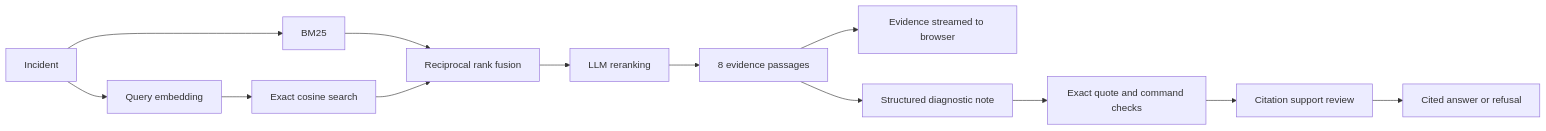
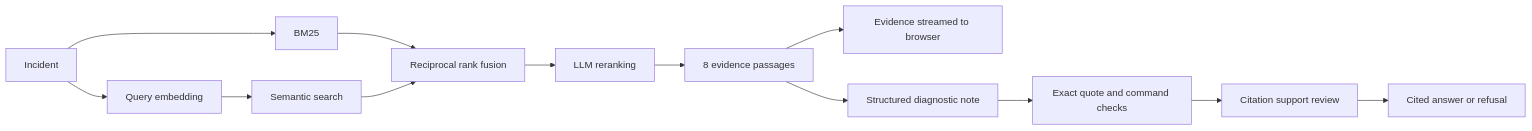
Before and after one commit to BhaveshY/runbook-rag: the diagram in README.md, drawn with Mermaid. The commit also changed other lines of this file and 5 other files, not shown here.

````diff
--- a/README.md
+++ b/README.md
@@ -38,15 +38,15 @@
 ```mermaid
 flowchart LR
     Q[Incident] --> B[BM25]
     Q --> E[Query embedding]
-    E --> D[Exact cosine search]
+    E --> D[Semantic search]
     B --> F[Reciprocal rank fusion]
     D --> F
     F --> R[LLM reranking]
     R --> C[8 evidence passages]
     C --> UI[Evidence streamed to browser]
     C --> G[Structured diagnostic note]
     G --> V[Exact quote and command checks]
     V --> S[Citation support review]
     S --> A[Cited answer or refusal]
 ```
````
